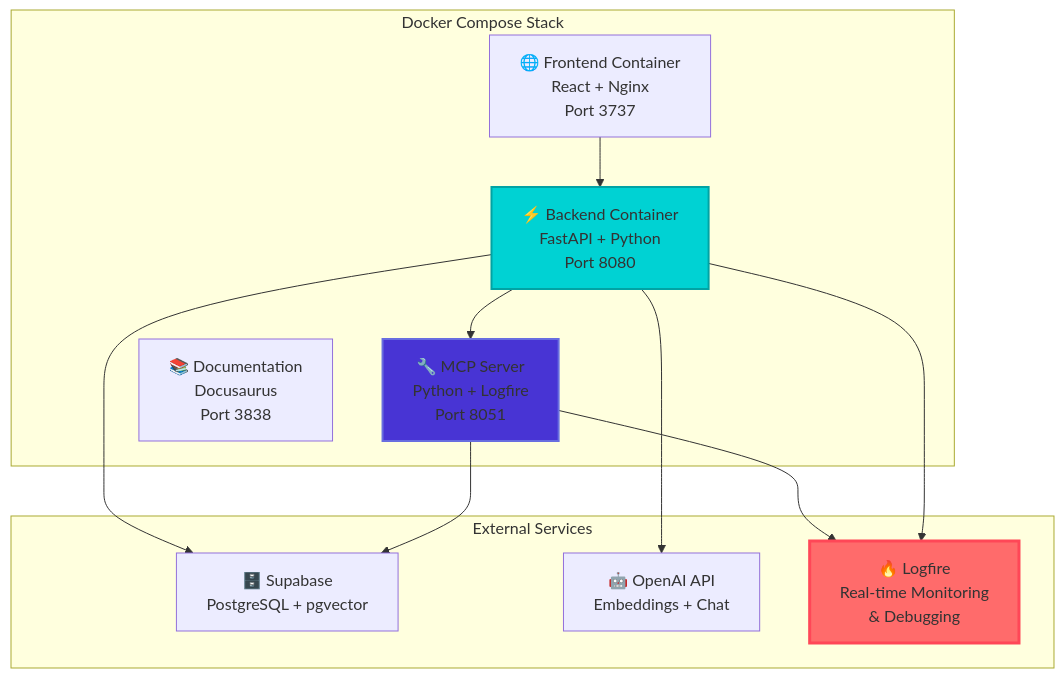
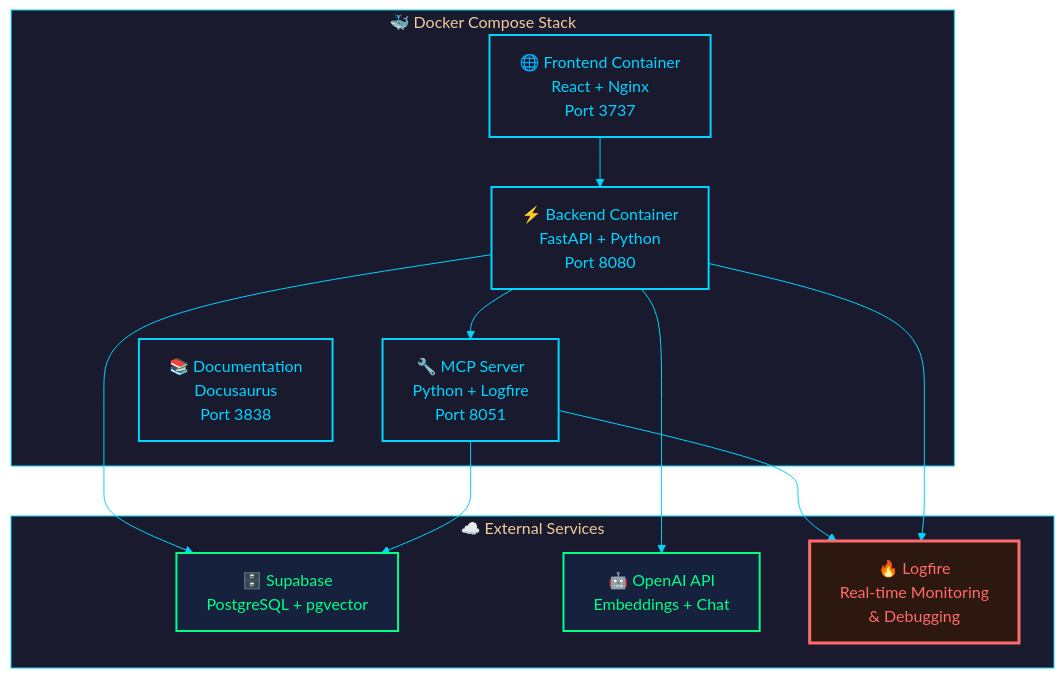
One commit to tarsonis125/mcp-crawl4ai-rag-ChromaDB-V1 changed the diagram in docs/docs/deployment.mdx. Above: the diagram before and after it, drawn with Mermaid. The commit also changed 12 other files, not shown here.

````diff
--- a/docs/docs/deployment.mdx
+++ b/docs/docs/deployment.mdx
@@ -24,27 +24,48 @@
 ```mermaid
+---
+config:
+  theme: 'base'
+  themeVariables:
+    primaryColor: '#1a1a2e'
+    primaryTextColor: '#00d4ff'
+    primaryBorderColor: '#00d4ff'
+    lineColor: '#00d4ff'
+    secondaryColor: '#16213e'
+    tertiaryColor: '#0f3460'
+    background: '#0a0a1a'
+    mainBkg: '#1a1a2e'
+    secondBkg: '#16213e'
+    textColor: '#ffffff'
+    clusterBkg: '#1a1a2e'
+    clusterBorder: '#00d4ff'
+---
 graph TB
-    subgraph "Docker Compose Stack"
+    subgraph "🐳 Docker Compose Stack"
         Frontend["🌐 Frontend Container<br/>React + Nginx<br/>Port 3737"]
         Backend["⚡ Backend Container<br/>FastAPI + Python<br/>Port 8080"]
         MCPServer["🔧 MCP Server<br/>Python + Logfire<br/>Port 8051"]
         Docs["📚 Documentation<br/>Docusaurus<br/>Port 3838"]
     end
 
-    subgraph "External Services"
+    subgraph "☁️ External Services"
         Supabase["🗄️ Supabase<br/>PostgreSQL + pgvector"]
         OpenAI["🤖 OpenAI API<br/>Embeddings + Chat"]
         Logfire["🔥 Logfire<br/>Real-time Monitoring<br/>& Debugging"]
     end
 
     Frontend --> Backend
     Backend --> MCPServer
     Backend --> Supabase
     Backend --> OpenAI
     MCPServer --> Logfire
     Backend --> Logfire
     MCPServer --> Supabase
 
-    style Logfire fill:#ff6b6b,stroke:#ff4757,stroke-width:3px
-    style MCPServer fill:#4834d4,stroke:#686de0,stroke-width:2px
-    style Backend fill:#00d2d3,stroke:#01a3a4,stroke-width:2px
+    classDef neonCore fill:#1a1a2e,stroke:#00d4ff,stroke-width:2px,color:#00d4ff
+    classDef neonExternal fill:#16213e,stroke:#00ff88,stroke-width:2px,color:#00ff88
+    classDef neonCritical fill:#2d1810,stroke:#ff6b6b,stroke-width:3px,color:#ff6b6b
+    
+    class Frontend,Backend,MCPServer,Docs neonCore
+    class Supabase,OpenAI neonExternal
+    class Logfire neonCritical
 ```
````
